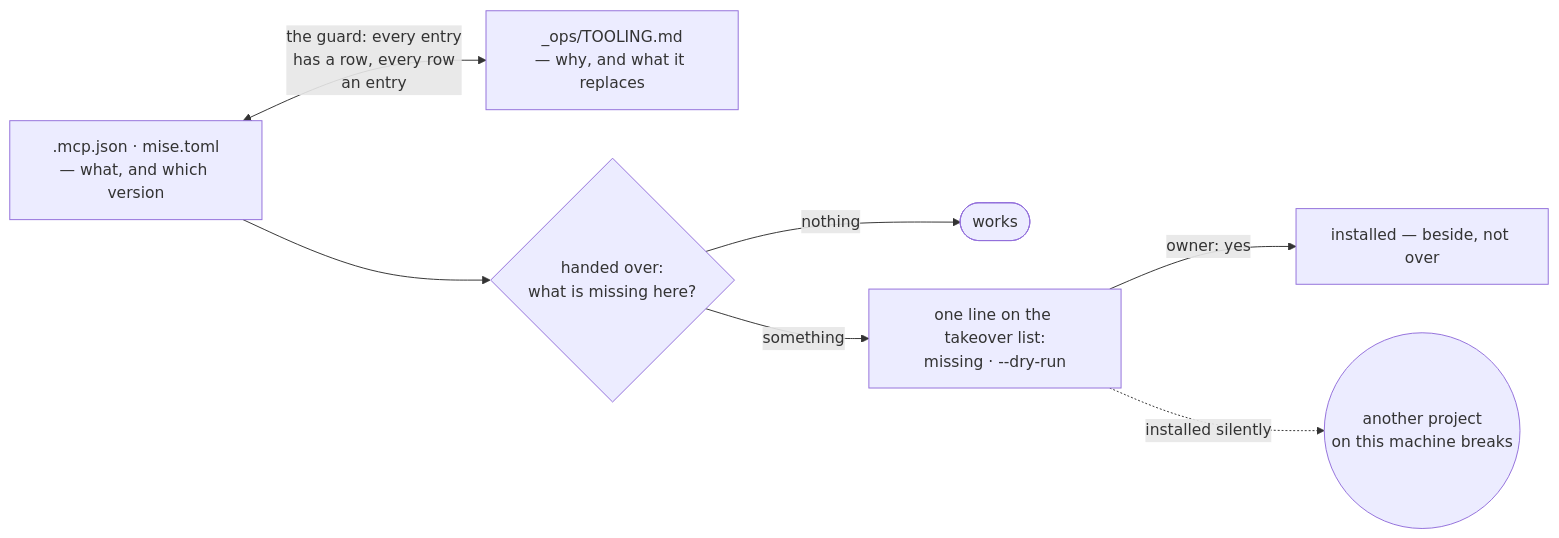
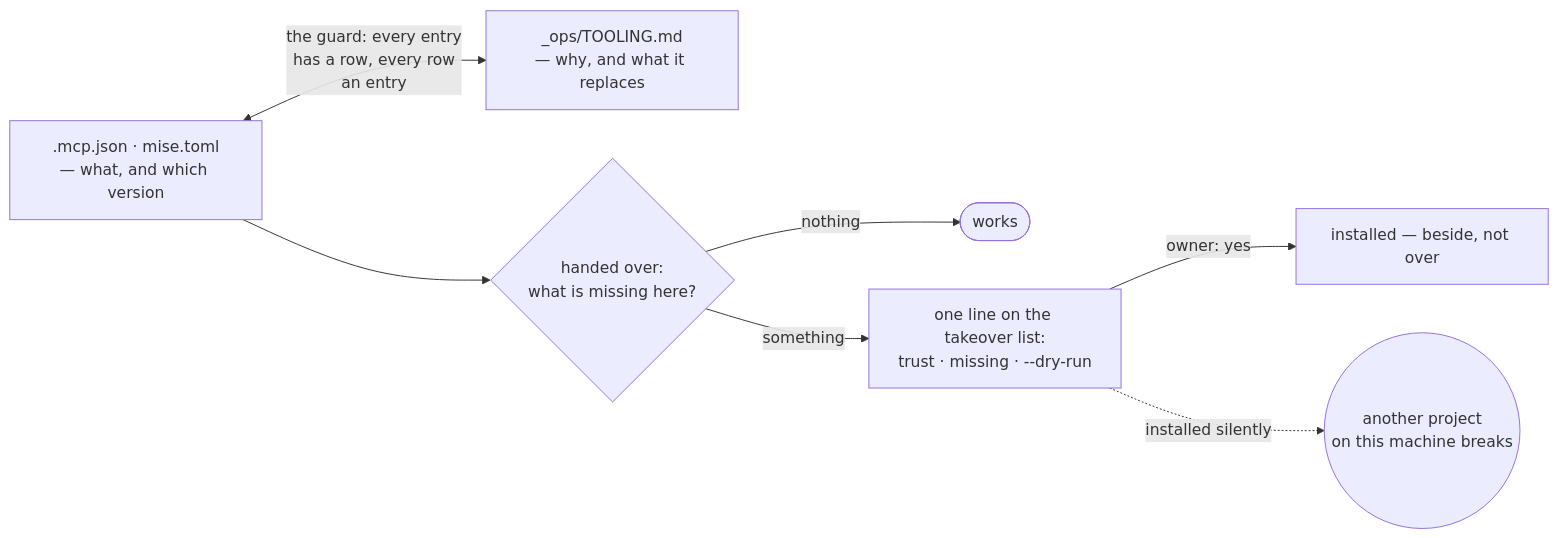
One commit to jamillazarev/opsinist changed the first of 3 diagrams in tooling.md. Above: the diagram before and after it, drawn with Mermaid. The commit also changed other lines of this file and 13 other files, not shown here.

````diff
--- a/tooling.md
+++ b/tooling.md
@@ -115,9 +125,9 @@
 ```mermaid
 flowchart LR
   N[".mcp.json · mise.toml<br/>— what, and which version"] <-->|"the guard: every entry<br/>has a row, every row<br/>an entry"| R["_ops/TOOLING.md<br/>— why, and what it replaces"]
   N --> J{"handed over:<br/>what is missing here?"}
   J -->|"nothing"| OK([works])
-  J -->|"something"| L["one line on the takeover list:<br/>missing · --dry-run"]
+  J -->|"something"| L["one line on the takeover list:<br/>trust · missing · --dry-run"]
   L -->|"owner: yes"| I["installed — beside, not over"]
   L -.->|"installed silently"| X(("another project<br/>on this machine breaks"))
 ```
````
